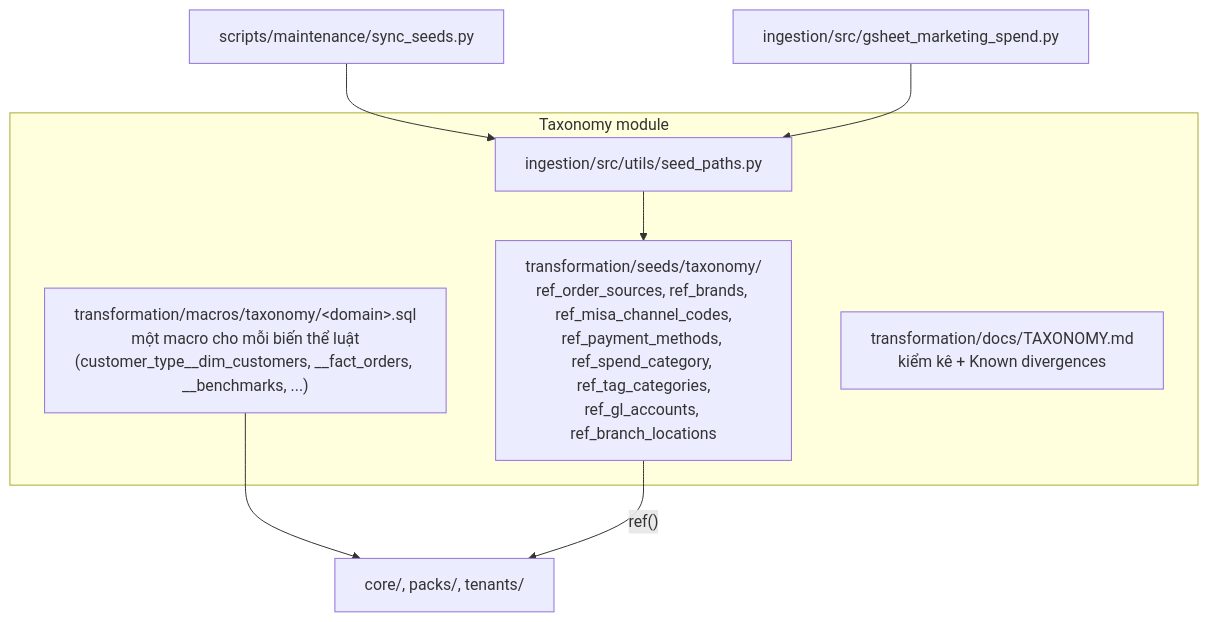
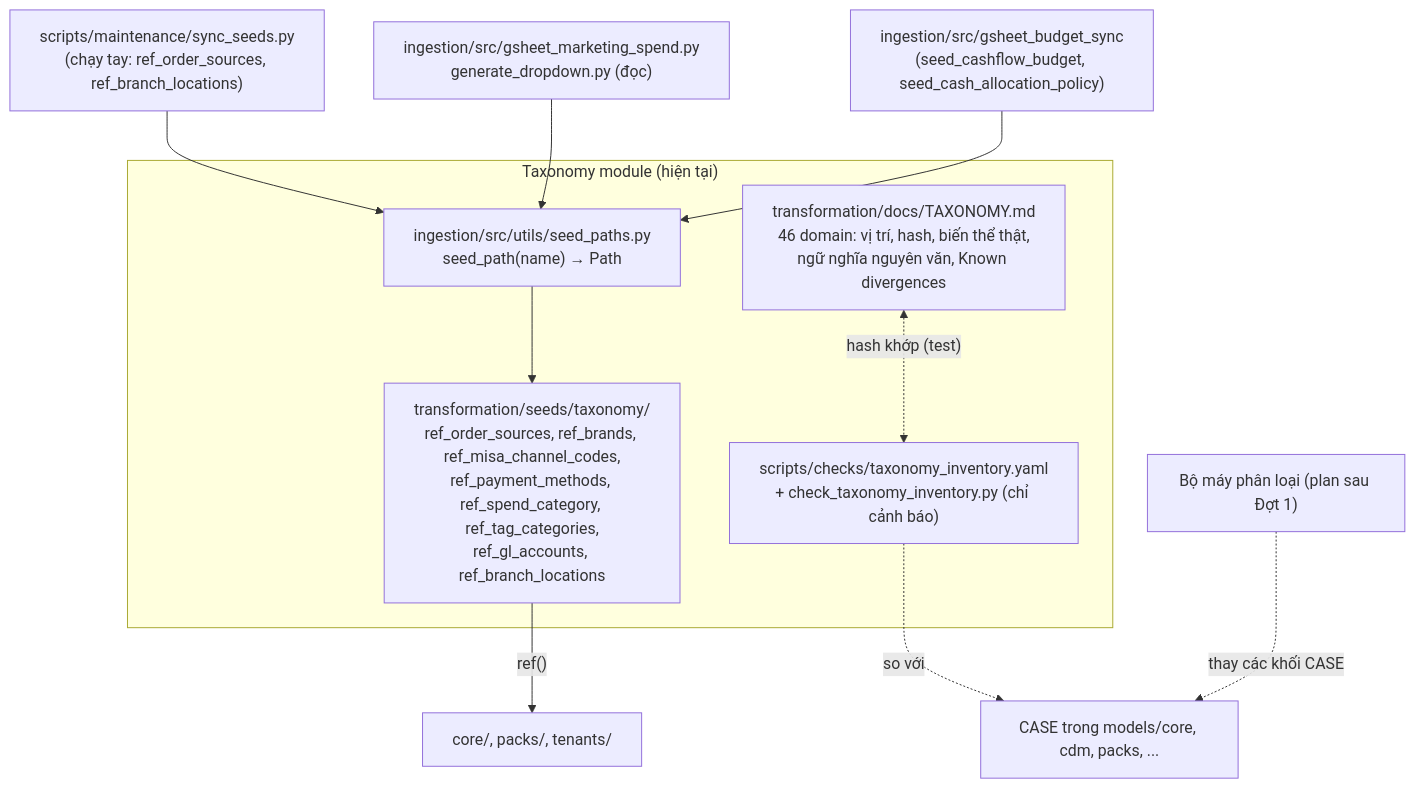
Before and after one commit to vantt/data-integration: the tenth of 13 diagrams in docs/architecture/modules.md, drawn with Mermaid. The commit also changed other lines of this file and 43 other files, not shown here.

First line of the commit message:
refactor(taxonomy): inventory classification rules and gather their seeds

````diff
--- a/docs/architecture/modules.md
+++ b/docs/architecture/modules.md
@@ -443,14 +446,17 @@
 ```mermaid
 flowchart TB
-    subgraph TAX["Taxonomy module"]
-        MAC["transformation/macros/taxonomy/&lt;domain&gt;.sql<br/>một macro cho mỗi biến thể luật<br/>(customer_type__dim_customers, __fact_orders, __benchmarks, ...)"]
+    subgraph TAX["Taxonomy module (hiện tại)"]
+        DOC["transformation/docs/TAXONOMY.md<br/>46 domain: vị trí, hash, biến thể thật,<br/>ngữ nghĩa nguyên văn, Known divergences"]
+        INV["scripts/checks/taxonomy_inventory.yaml<br/>+ check_taxonomy_inventory.py (chỉ cảnh báo)"]
         SEED["transformation/seeds/taxonomy/<br/>ref_order_sources, ref_brands, ref_misa_channel_codes,<br/>ref_payment_methods, ref_spend_category, ref_tag_categories,<br/>ref_gl_accounts, ref_branch_locations"]
-        DOC["transformation/docs/TAXONOMY.md<br/>kiểm kê + Known divergences"]
-        SP["ingestion/src/utils/seed_paths.py"]
+        SP["ingestion/src/utils/seed_paths.py<br/>seed_path(name) → Path"]
     end
-    WR1["scripts/maintenance/sync_seeds.py"] --> SP
-    WR2["ingestion/src/gsheet_marketing_spend.py"] --> SP
+    DOC <-. "hash khớp (test)" .-> INV
+    INV -. "so với" .-> SQL["CASE trong models/core, cdm, packs, ..."]
+    WR1["scripts/maintenance/sync_seeds.py<br/>(chạy tay: ref_order_sources, ref_branch_locations)"] --> SP
+    RD1["ingestion/src/gsheet_marketing_spend.py<br/>generate_dropdown.py (đọc)"] --> SP
+    WR3["ingestion/src/gsheet_budget_sync<br/>(seed_cashflow_budget, seed_cash_allocation_policy)"] --> SP
     SP --> SEED
-    MAC --> CORE["core/, packs/, tenants/"]
-    SEED -->|"ref()"| CORE
+    SEED -->|"ref()"| CORE["core/, packs/, tenants/"]
+    ENG["Bộ máy phân loại (plan sau Đợt 1)"] -. "thay các khối CASE" .-> SQL
 ```
````
